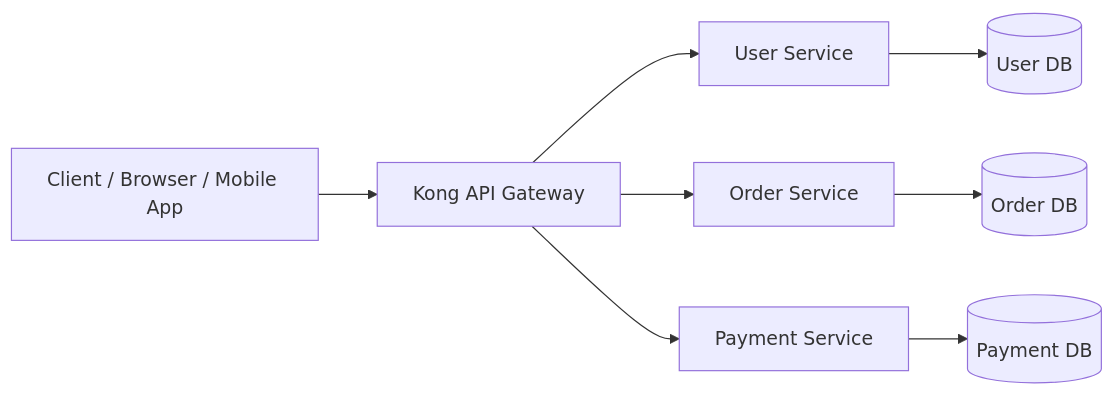
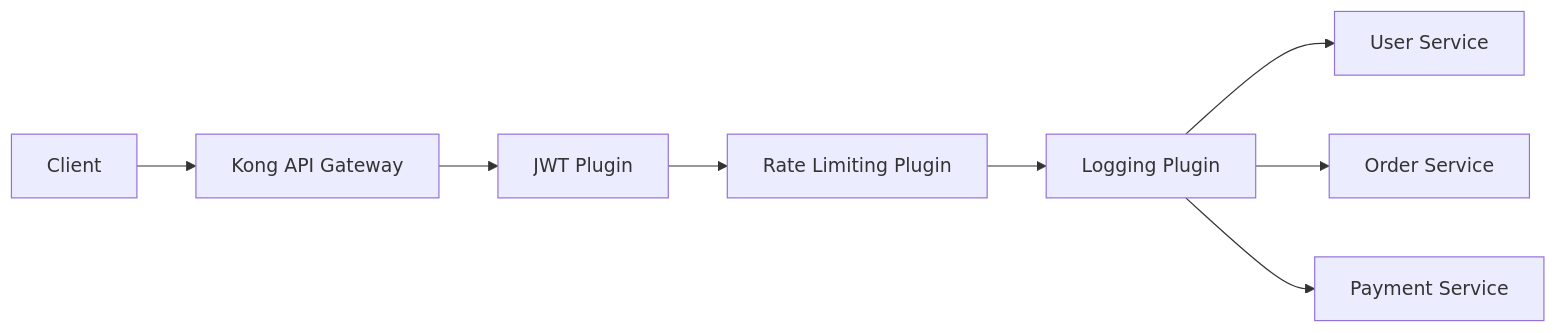
The first of 2 diagrams in KONG-Poc-ReadME.md (SyedRehan-cloud/COE-Tasks), drawn with Mermaid before and after one commit. The commit also changed other lines of this file, not shown here.

`````diff
--- a/KONG-Poc-ReadME.md
+++ b/KONG-Poc-ReadME.md
@@ -28,15 +38,15 @@
 ```mermaid
 flowchart LR
 
-Client["Client / Browser / Mobile App"]
+Client["Client"]
 
 Client --> Kong["Kong API Gateway"]
 
-Kong --> User["User Service"]
-Kong --> Order["Order Service"]
-Kong --> Payment["Payment Service"]
+Kong --> JWT["JWT Plugin"]
+JWT --> RateLimit["Rate Limiting Plugin"]
+RateLimit --> Log["Logging Plugin"]
 
-Order --> DB1[(Order DB)]
-User --> DB2[(User DB)]
-Payment --> DB3[(Payment DB)]
+Log --> User["User Service"]
+Log --> Order["Order Service"]
+Log --> Payment["Payment Service"]
 ````
`````
